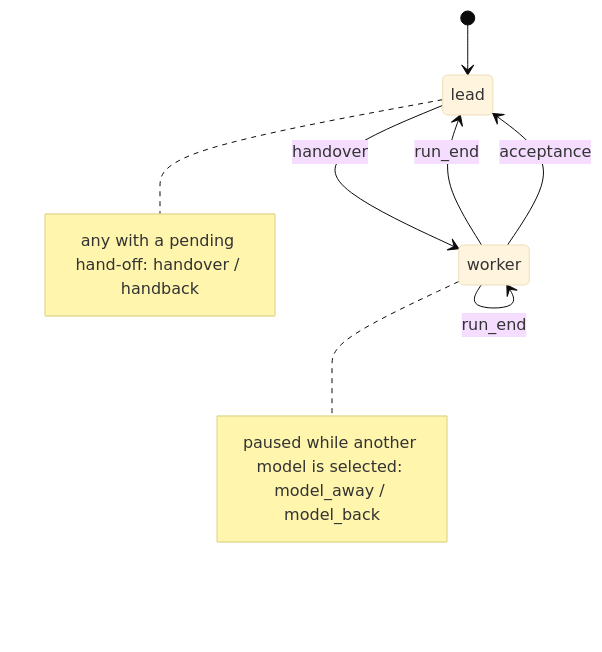
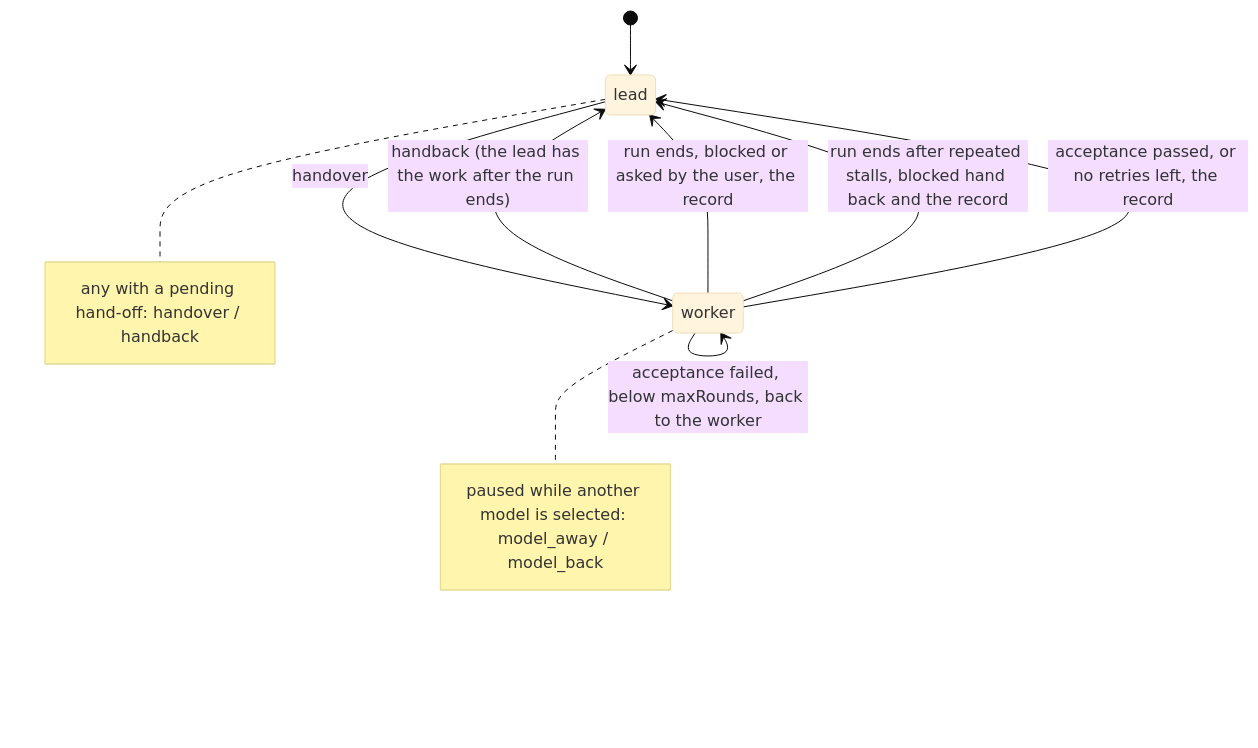
The diagram in packages/xpi-coding-agent/docs/relay.md (luoxin9510/xin-pi), drawn with Mermaid (base theme) before and after one commit. The commit also changed other lines of this file and 7 other files, not shown here.

````diff
--- a/packages/xpi-coding-agent/docs/relay.md
+++ b/packages/xpi-coding-agent/docs/relay.md
@@ -42,15 +42,18 @@
 ```mermaid
 stateDiagram-v2
     [*] --> lead
     lead --> worker: handover
-    worker --> worker: handback
-    worker --> lead: run_end
-    worker --> worker: run_end
-    worker --> lead: acceptance
+    worker --> worker: /handback, the acceptance commands are skipped
+    worker --> lead: handback (the lead has the work after the run ends)
+    worker --> lead: run ends, blocked or asked by the user, the record
+    worker --> worker: run ends, run the acceptance commands
+    worker --> lead: run ends after repeated stalls, blocked hand back and the record
+    worker --> worker: acceptance failed, below maxRounds, back to the worker
+    worker --> lead: acceptance passed, or no retries left, the record
     note right of lead
         any with a pending hand-off: handover / handback
     end note
     note right of worker
         paused while another model is selected: model_away / model_back
     end note
 ```
````
